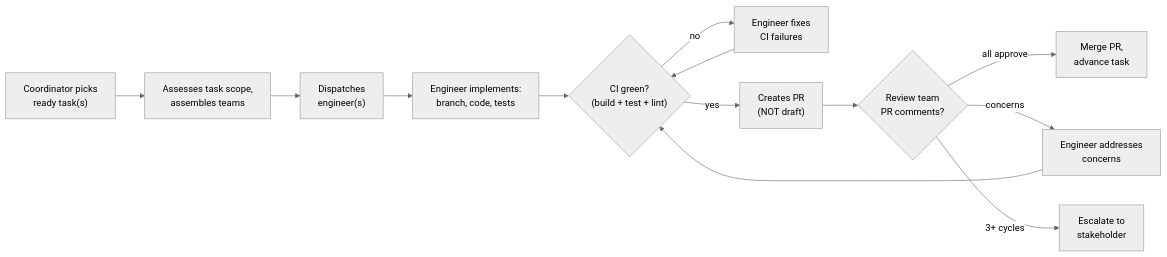
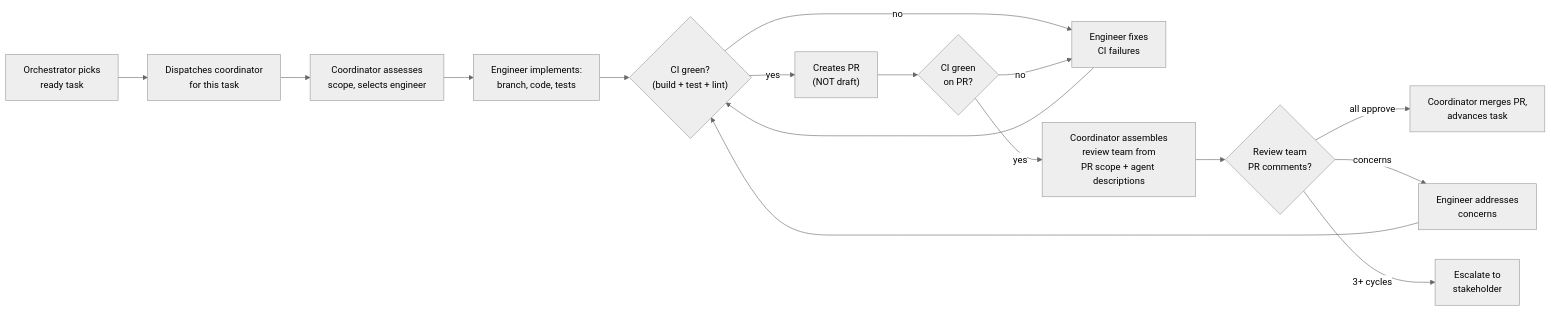
Diagram 13 of 15 in docs/research/pipeline-redesign-v2.md (themachinagod/andgasm-claude-orchestration-project), drawn with Mermaid (neutral theme) before and after one commit. The commit also changed other lines of this file and 9 other files, not shown here.

First line of the commit message:
docs: pipeline review fixes — state markers, CI gates, per-task model (#2)

````diff
--- a/docs/research/pipeline-redesign-v2.md
+++ b/docs/research/pipeline-redesign-v2.md
@@ -1240,21 +1264,25 @@
 ```mermaid
 flowchart LR
-    Pick["Coordinator picks<br/>ready task(s)"]
-    Assess["Assesses task scope,<br/>assembles teams"]
-    Dispatch["Dispatches<br/>engineer(s)"]
+    Orch["Orchestrator picks<br/>ready task"]
+    Coord["Dispatches coordinator<br/>for this task"]
+    Assess["Coordinator assesses<br/>scope, selects engineer"]
     Code["Engineer implements:<br/>branch, code, tests"]
     CI{"CI green?<br/>(build + test + lint)"}
     CIFix["Engineer fixes<br/>CI failures"]
     PR["Creates PR<br/>(NOT draft)"]
+    CICheck{"CI green<br/>on PR?"}
+    Team["Coordinator assembles<br/>review team from<br/>PR scope + agent descriptions"]
     Review{"Review team<br/>PR comments?"}
     Address["Engineer addresses<br/>concerns"]
-    Merge["Merge PR,<br/>advance task"]
+    Merge["Coordinator merges PR,<br/>advances task"]
     Escalate["Escalate to<br/>stakeholder"]
 
-    Pick --> Assess --> Dispatch --> Code --> CI
+    Orch --> Coord --> Assess --> Code --> CI
     CI -->|"no"| CIFix --> CI
-    CI -->|"yes"| PR --> Review
+    CI -->|"yes"| PR --> CICheck
+    CICheck -->|"no"| CIFix
+    CICheck -->|"yes"| Team --> Review
     Review -->|"all approve"| Merge
     Review -->|"concerns"| Address --> CI
     Review -->|"3+ cycles"| Escalate
 ```
````
